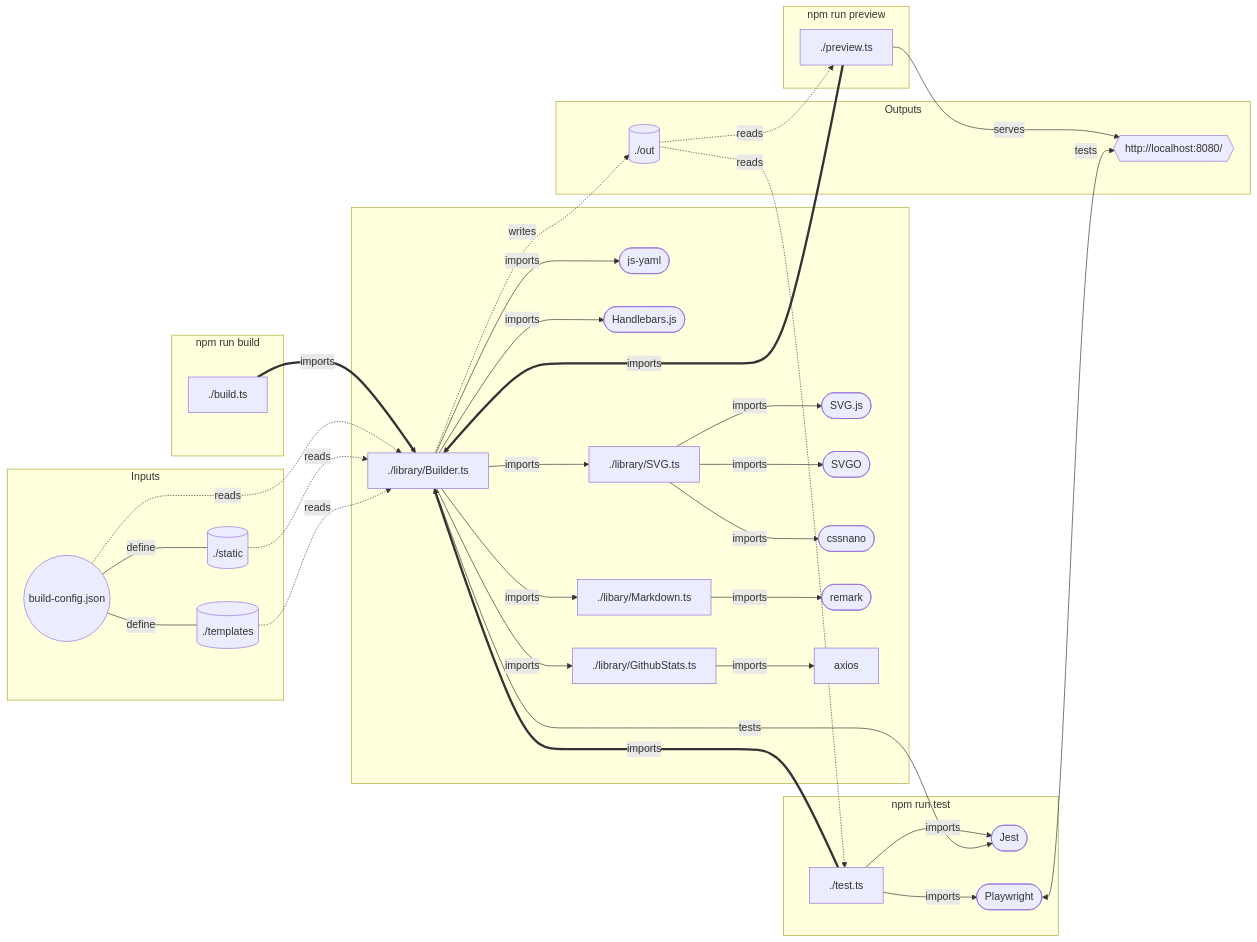
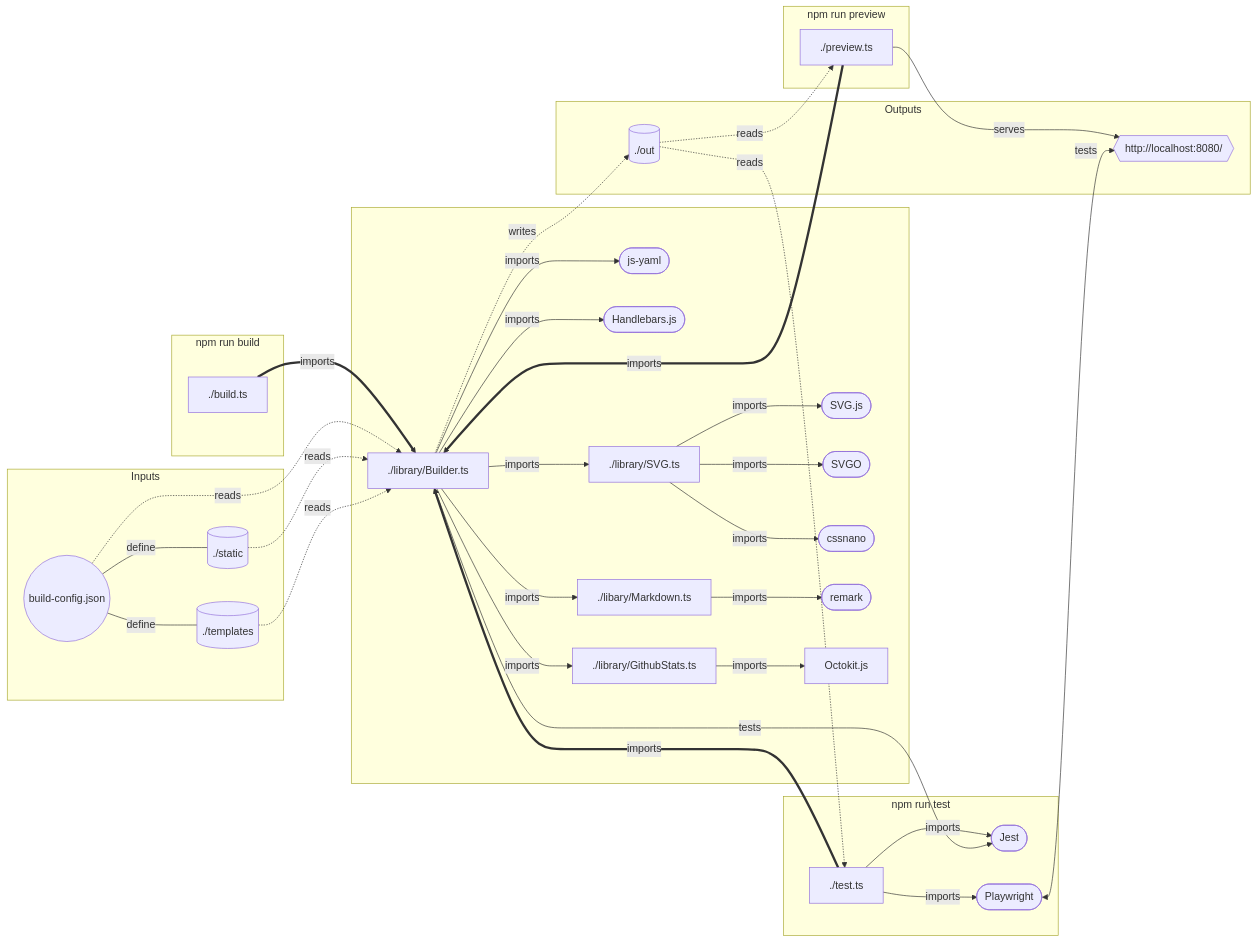
One commit to dylanlangston/dylanlangston changed the diagram in src/ReadMe.md. Above: the diagram before and after it, drawn with Mermaid. The commit also changed other lines of this file and 10 other files, not shown here.

````diff
--- a/src/ReadMe.md
+++ b/src/ReadMe.md
@@ -131,73 +131,73 @@
 ```mermaid
 graph LR;
     subgraph "input" [Inputs]
       G((build-config.json))
       I[("`./templates`")]
       H[("`./static`")]
     end
 
     subgraph "build" [npm run build]
       A[./build.ts]
     end
     subgraph "preview" [npm run preview]
       T[./preview.ts]
     end
     subgraph "test" [npm run test]
       Q[./test.ts]
       R([Jest])
       U([Playwright])
     end
 
     subgraph "logic" [ ]
       B[./library/Builder.ts]
       K([js-yaml])
       L([Handlebars.js])
       D[./library/SVG.ts]
       N([SVG.js])
       P([SVGO])
       O([cssnano])
       E[./libary/Markdown.ts]
       M([remark])
       GS[./library/GithubStats.ts]
-      AX[axios]
+      AX[Octokit.js]
     end
 
     subgraph "out" [Outputs]
       S{{"http://localhost:8080/"}}
       J[("`./out`")]
     end
 
     build ~~~ logic
     preview ~~~ logic
     test ~~~ logic
 
     input ~~~ logic
     logic ~~~ out
 
     A ==>|imports| B
     B -->|imports| D
     B -->|imports| E
     B -->|imports| GS
     B -.->|writes| J
     B -->|imports| K
     B -->|imports| L
     D -->|imports| N
     D -->|imports| O
     D -->|imports| P
     E -->|imports| M
     GS -->|imports| AX
     G -.->|reads| B
     G ---|define| H
     G ---|define| I
     H -.->|reads| B
     I -.->|reads| B
     J -.->|reads| T
     J -.->|reads| Q
     R <-->|tests| B
     T ==>|imports| B
     T -->|serves| S
     U <-->|tests| S
     Q ==>|imports| B
     Q -->|imports| R
     Q -->|imports| U
 ```
````
